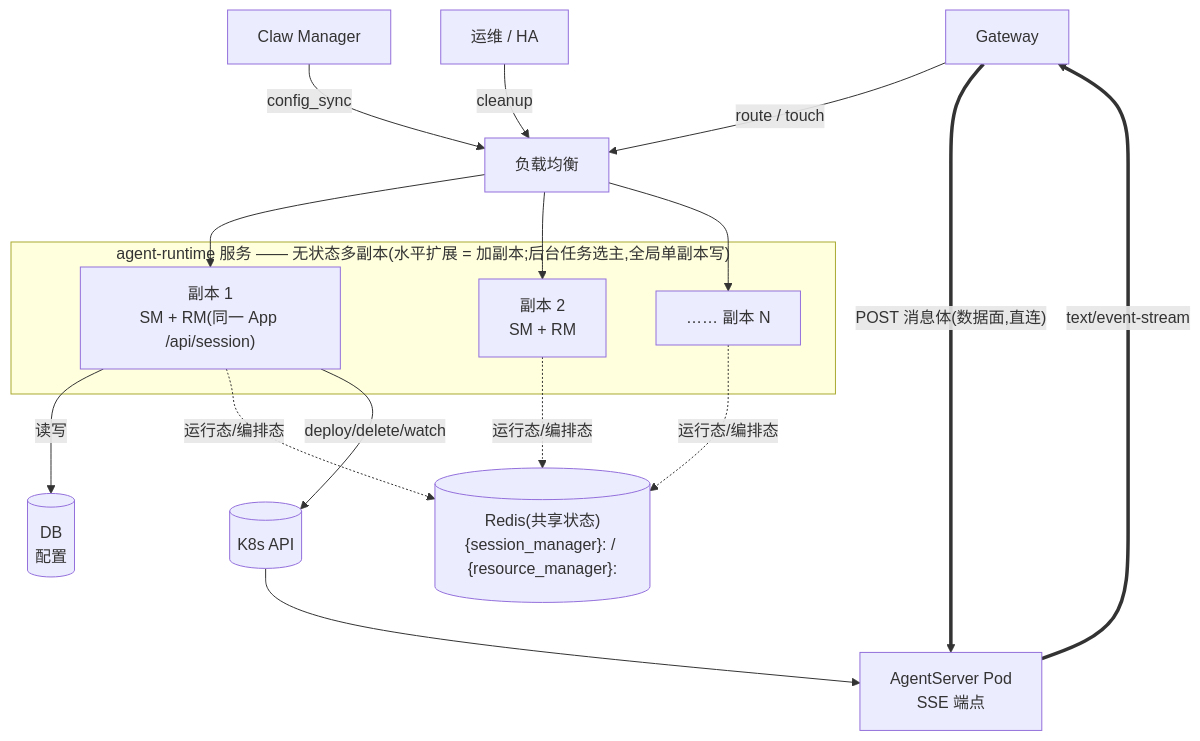
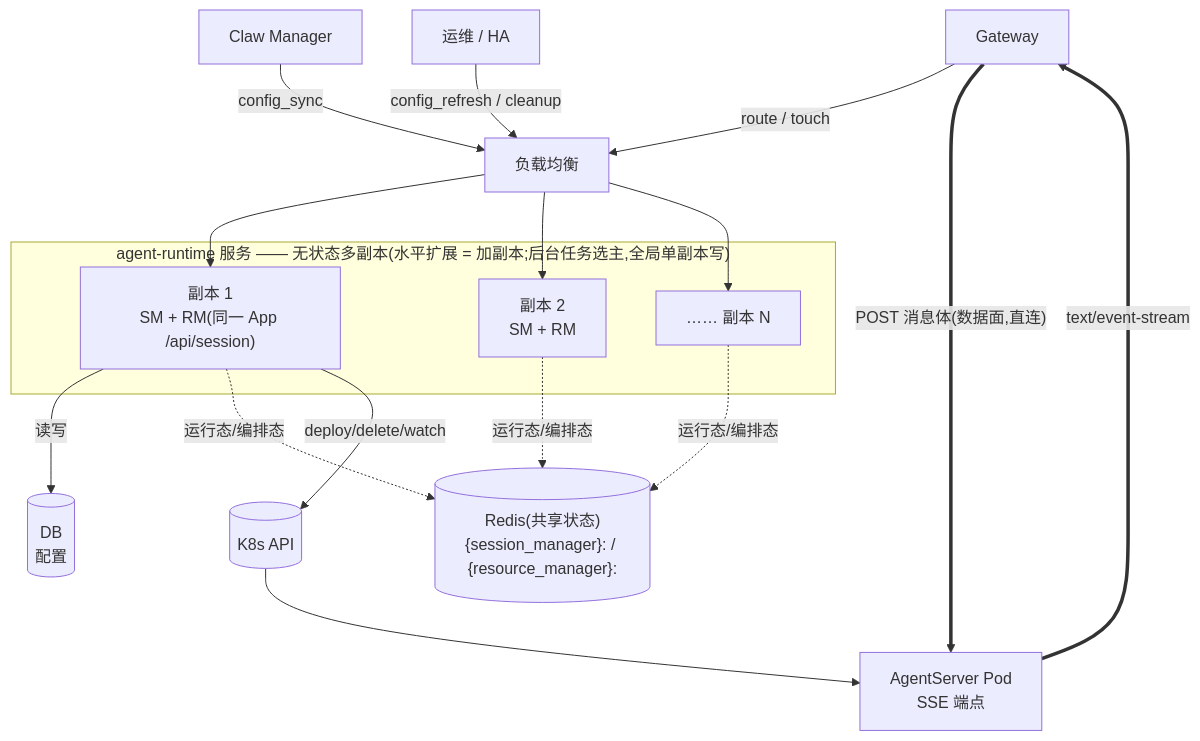
One commit to openJiuwen-ai/agent-runtime changed the first of 21 diagrams in applications/agent_runtime/docs/design/Agent-Runtime-HLD.md. Above: the diagram before and after it, drawn with Mermaid. The commit also changed other lines of this file and 9 other files, not shown here.

First line of the commit message:
docs(spec/hld/design/feature): config_refresh 与残骸自卫全量同步

````diff
--- a/applications/agent_runtime/docs/design/Agent-Runtime-HLD.md
+++ b/applications/agent_runtime/docs/design/Agent-Runtime-HLD.md
@@ -25,32 +25,32 @@
 ```mermaid
 flowchart TB
     GW[Gateway]
     CM[Claw Manager]
     OPS["运维 / HA"]
     LB["负载均衡"]
     subgraph AR["agent-runtime 服务 —— 无状态多副本(水平扩展 = 加副本;后台任务选主,全局单副本写)"]
       R1["副本 1<br/>SM + RM(同一 App /api/session)"]
       R2["副本 2<br/>SM + RM"]
       RN["…… 副本 N"]
     end
     DB[("DB<br/>配置")]
     REDIS[("Redis(共享状态)<br/>{session_manager}: / {resource_manager}:")]
     K8s[("K8s API<br/>")]
     POD["AgentServer Pod<br/>SSE 端点"]
 
     GW -- "route / touch" --> LB
     CM -- "config_sync" --> LB
-    OPS -- "cleanup" --> LB
+    OPS -- "config_refresh / cleanup" --> LB
     LB --> R1
     LB --> R2
     LB --> RN
     R1 -- "读写" --> DB
     R1 -. "运行态/编排态" .-> REDIS
     R2 -. "运行态/编排态" .-> REDIS
     RN -. "运行态/编排态" .-> REDIS
     R1 -- "deploy/delete/watch" --> K8s
     K8s --> POD
 
     GW == "POST 消息体(数据面,直连)" ==> POD
     POD == "text/event-stream" ==> GW
 ```
````
